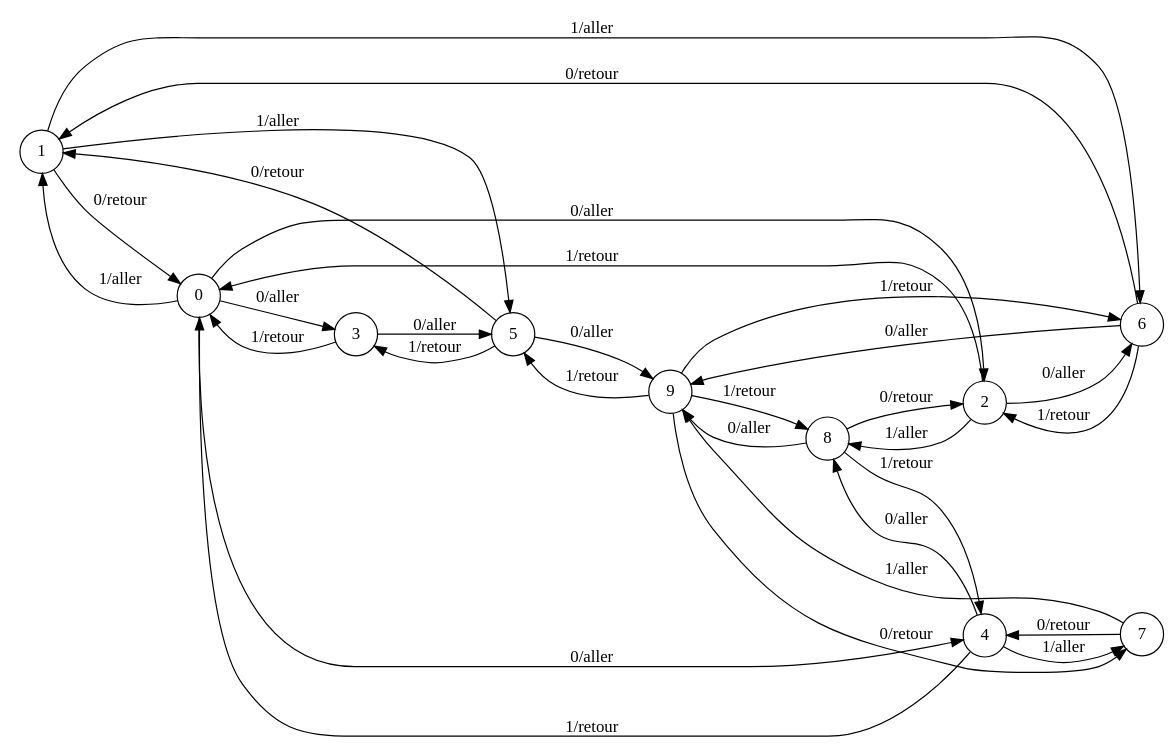
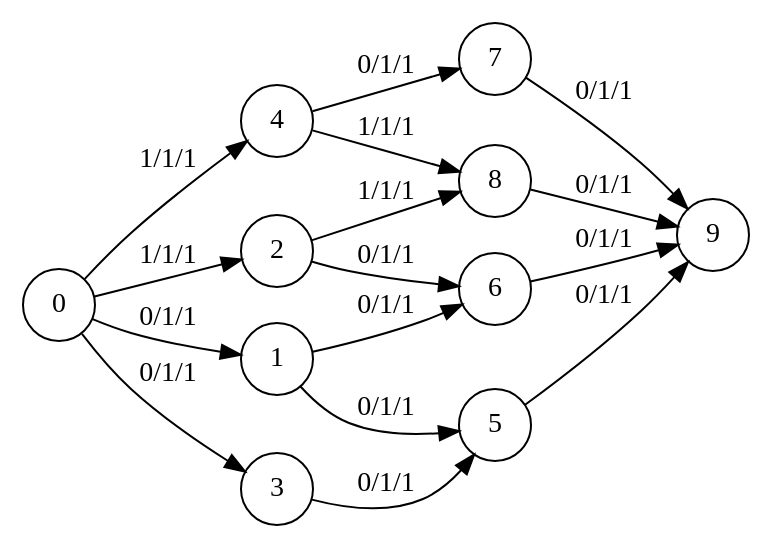
Before and after one commit to erpeldinger/hackers_vs_hosts: the diagram in graphs/graph_bip.dot, drawn with Graphviz. The commit also changed 4 other files, not shown here.

```diff
--- a/graphs/graph_bip.dot
+++ b/graphs/graph_bip.dot
@@ -1,35 +1,20 @@
 digraph finite_state_machine {
   	rankdir=LR;
  	size="8,5";
   	node [shape = circle];
-  	  	1 -> 0 [ label = "0/retour" ];
-  	  	1 -> 5 [ label = "1/aller" ];
-  	  	1 -> 6 [ label = "1/aller" ];
-  	  	7 -> 4 [ label = "0/retour" ];
-  	  	7 -> 9 [ label = "1/aller" ];
-  	  	4 -> 7 [ label = "1/aller" ];
-  	  	4 -> 0 [ label = "1/retour" ];
-  	  	4 -> 8 [ label = "0/aller" ];
-  	  	8 -> 2 [ label = "0/retour" ];
-  	  	8 -> 4 [ label = "1/retour" ];
-  	  	8 -> 9 [ label = "0/aller" ];
-  	  	3 -> 0 [ label = "1/retour" ];
-  	  	3 -> 5 [ label = "0/aller" ];
-  	  	5 -> 1 [ label = "0/retour" ];
-  	  	5 -> 3 [ label = "1/retour" ];
-  	  	5 -> 9 [ label = "0/aller" ];
-  	  	0 -> 1 [ label = "1/aller" ];
-  	  	0 -> 4 [ label = "0/aller" ];
-  	  	0 -> 3 [ label = "0/aller" ];
-  	  	0 -> 2 [ label = "0/aller" ];
-  	  	2 -> 8 [ label = "1/aller" ];
-  	  	2 -> 0 [ label = "1/retour" ];
-  	  	2 -> 6 [ label = "0/aller" ];
-  	  	9 -> 7 [ label = "0/retour" ];
-  	  	9 -> 8 [ label = "1/retour" ];
-  	  	9 -> 5 [ label = "1/retour" ];
-  	  	9 -> 6 [ label = "1/retour" ];
-  	  	6 -> 1 [ label = "0/retour" ];
-  	  	6 -> 2 [ label = "1/retour" ];
-  	  	6 -> 9 [ label = "0/aller" ];
+  	  	8 -> 9 [ label = "0/1/1" ];
+  	  	7 -> 9 [ label = "0/1/1" ];
+  	  	6 -> 9 [ label = "0/1/1" ];
+  	  	5 -> 9 [ label = "0/1/1" ];
+  	  	3 -> 5 [ label = "0/1/1" ];
+  	  	1 -> 6 [ label = "0/1/1" ];
+  	  	1 -> 5 [ label = "0/1/1" ];
+  	  	4 -> 7 [ label = "0/1/1" ];
+  	  	4 -> 8 [ label = "1/1/1" ];
+  	  	0 -> 3 [ label = "0/1/1" ];
+  	  	0 -> 1 [ label = "0/1/1" ];
+  	  	0 -> 4 [ label = "1/1/1" ];
+  	  	0 -> 2 [ label = "1/1/1" ];
+  	  	2 -> 6 [ label = "0/1/1" ];
+  	  	2 -> 8 [ label = "1/1/1" ];
 }
```
